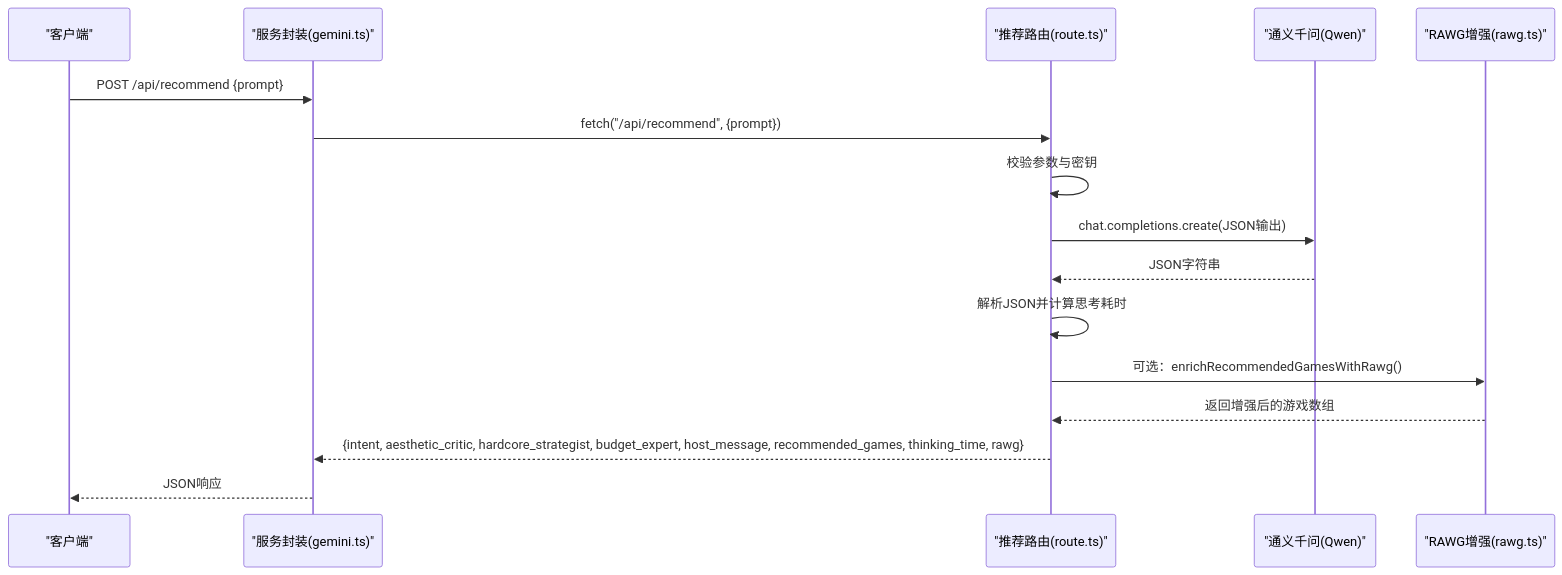
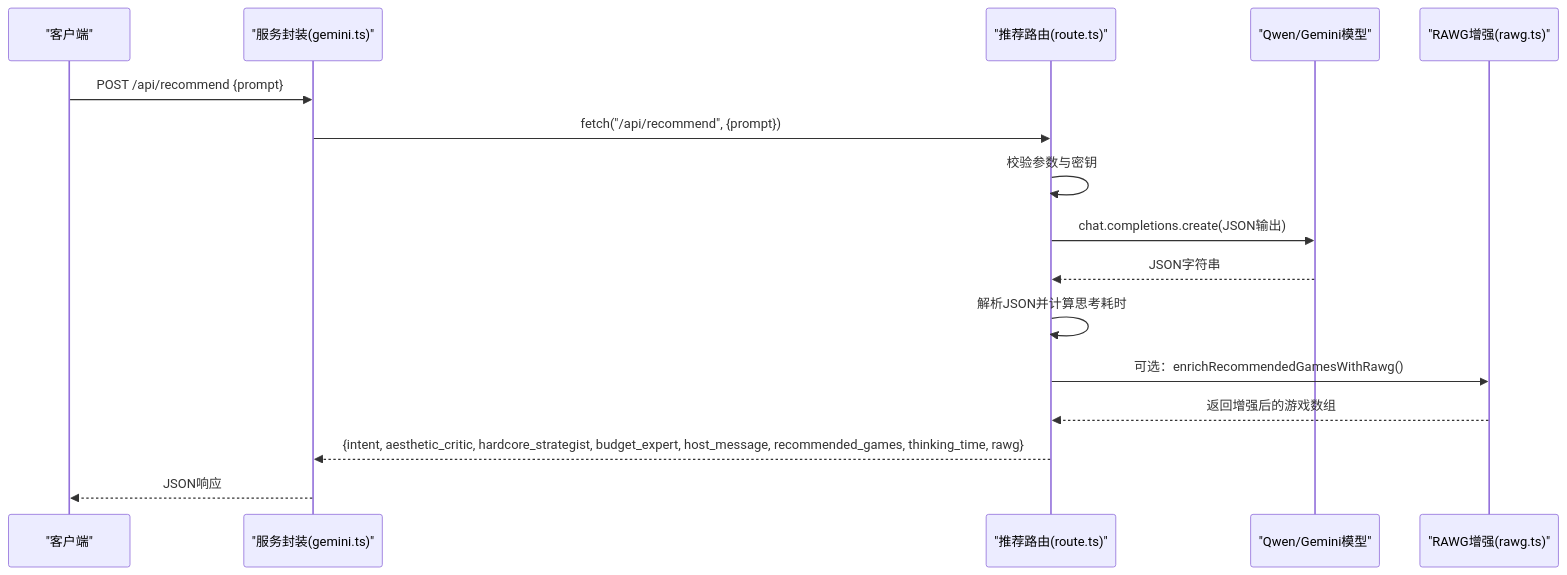
Before and after one commit to Jason-6300/JoyMate: the second of 3 diagrams in .qoder/repowiki/zh/content/API服务/推荐API.md, drawn with Mermaid. The commit also changed other lines of this file and 184 other files, not shown here.

````diff
--- a/.qoder/repowiki/zh/content/API服务/推荐API.md
+++ b/.qoder/repowiki/zh/content/API服务/推荐API.md
@@ -79,18 +89,18 @@
 ```mermaid
 sequenceDiagram
 participant C as "客户端"
 participant S as "服务封装(gemini.ts)"
 participant R as "推荐路由(route.ts)"
-participant M as "通义千问(Qwen)"
+participant M as "Qwen/Gemini模型"
 participant RA as "RAWG增强(rawg.ts)"
 C->>S : POST /api/recommend {prompt}
 S->>R : fetch("/api/recommend", {prompt})
 R->>R : 校验参数与密钥
 R->>M : chat.completions.create(JSON输出)
 M-->>R : JSON字符串
 R->>R : 解析JSON并计算思考耗时
 R->>RA : 可选：enrichRecommendedGamesWithRawg()
 RA-->>R : 返回增强后的游戏数组
 R-->>S : {intent, aesthetic_critic, hardcore_strategist, budget_expert, host_message, recommended_games, thinking_time, rawg}
 S-->>C : JSON响应
 ```
````
